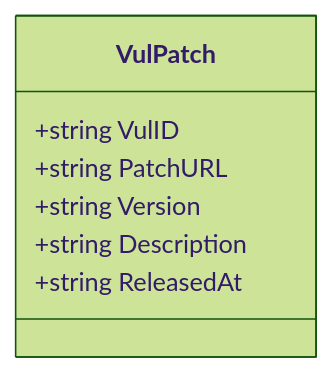
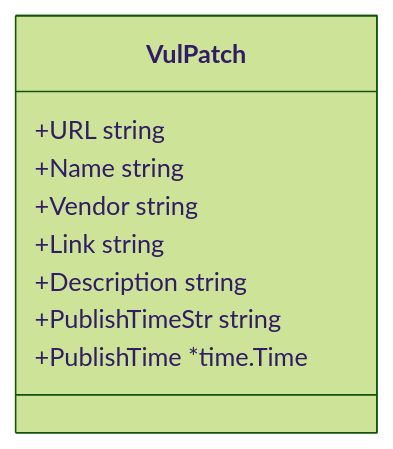
The diagram in website/docs/api-cnvd-skills/vul-patch.md (scagogogo/cnvd-skills), drawn with Mermaid (forest theme) before and after one commit. The commit also changed other lines of this file and 59 other files, not shown here.

````diff
--- a/website/docs/api-cnvd-skills/vul-patch.md
+++ b/website/docs/api-cnvd-skills/vul-patch.md
@@ -13,10 +42,12 @@
 ```mermaid
 classDiagram
     class VulPatch {
-        +string VulID
-        +string PatchURL
-        +string Version
-        +string Description
-        +string ReleasedAt
+        +URL string
+        +Name string
+        +Vendor string
+        +Link string
+        +Description string
+        +PublishTimeStr string
+        +PublishTime *time.Time
     }
 ```
````
